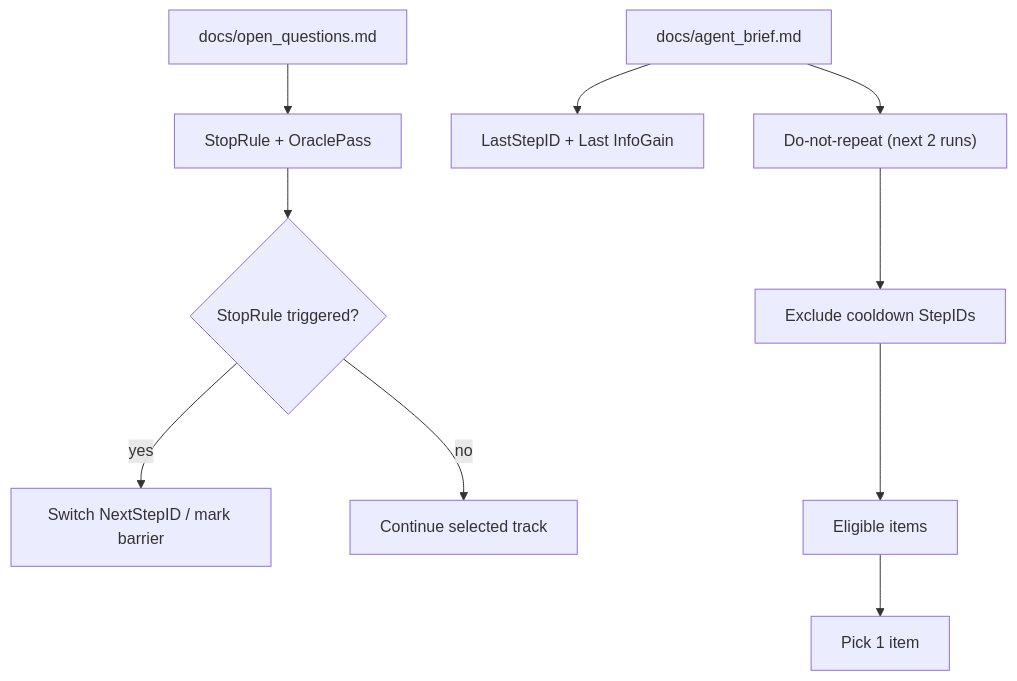
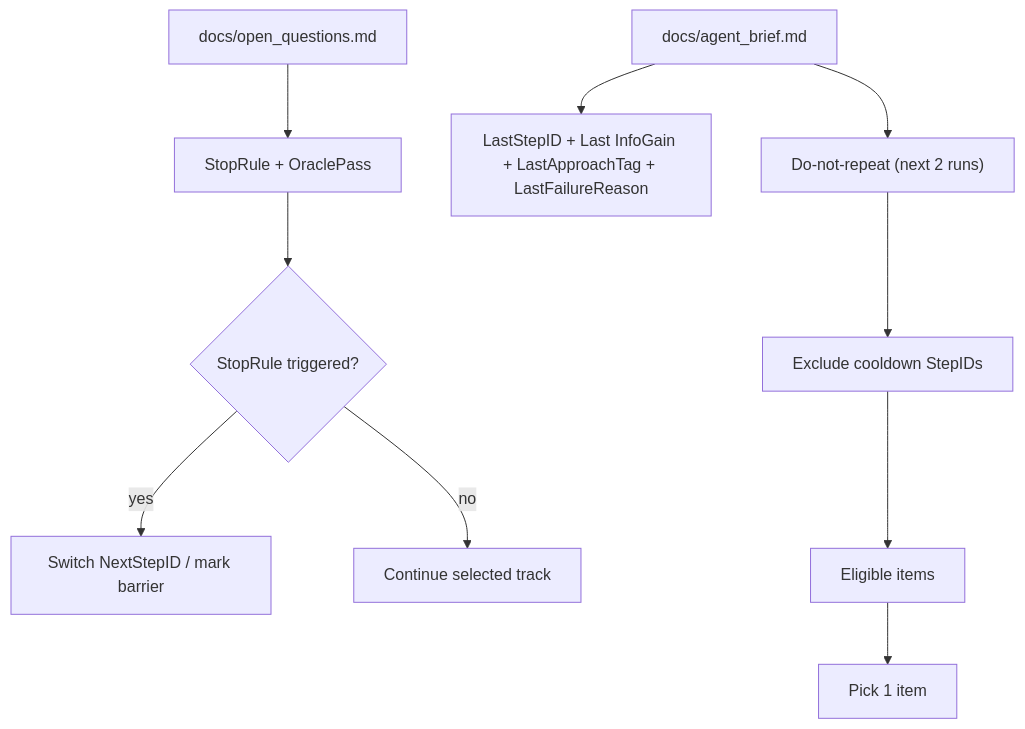
The sixth of 15 diagrams in ARCHITECTURE.md (Xopoko/Experiment-26_P_vs_NP), drawn with Mermaid before and after one commit. The commit also changed other lines of this file and 15 other files, not shown here.

````diff
--- a/ARCHITECTURE.md
+++ b/ARCHITECTURE.md
@@ -199,12 +216,12 @@
 ```mermaid
 flowchart TD
   A["docs/agent_brief.md"] --> B["Do-not-repeat (next 2 runs)"]
-  A --> C["LastStepID + Last InfoGain"]
+  A --> C["LastStepID + Last InfoGain + LastApproachTag + LastFailureReason"]
   D["docs/open_questions.md"] --> E["StopRule + OraclePass"]
   B --> F["Exclude cooldown StepIDs"]
   E --> G{"StopRule triggered?"}
   G -->|yes| H["Switch NextStepID / mark barrier"]
   G -->|no| I["Continue selected track"]
   F --> J["Eligible items"]
   J --> K["Pick 1 item"]
 ```
````
